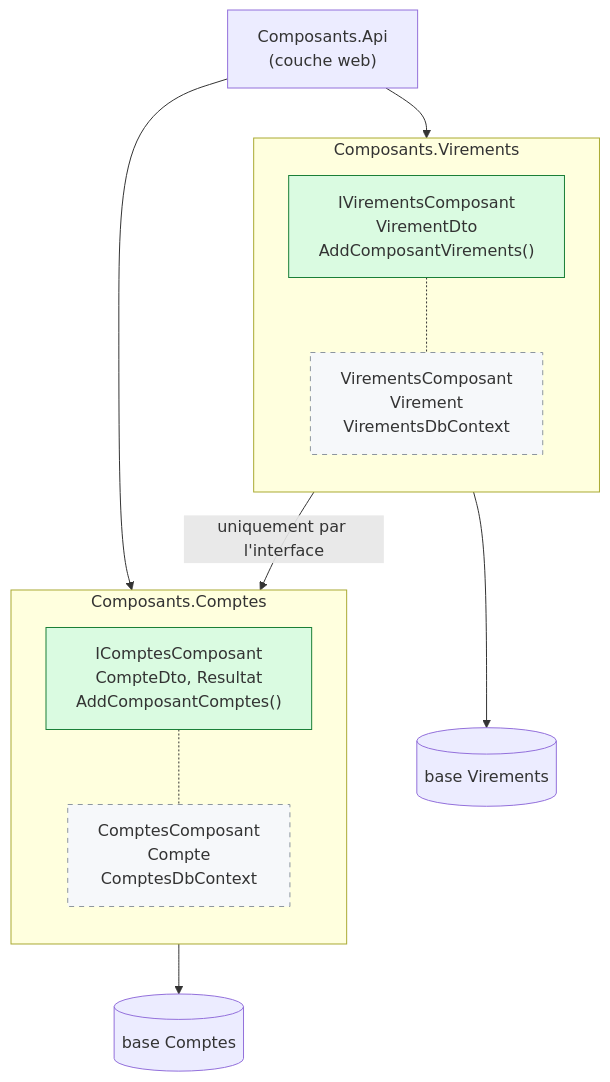
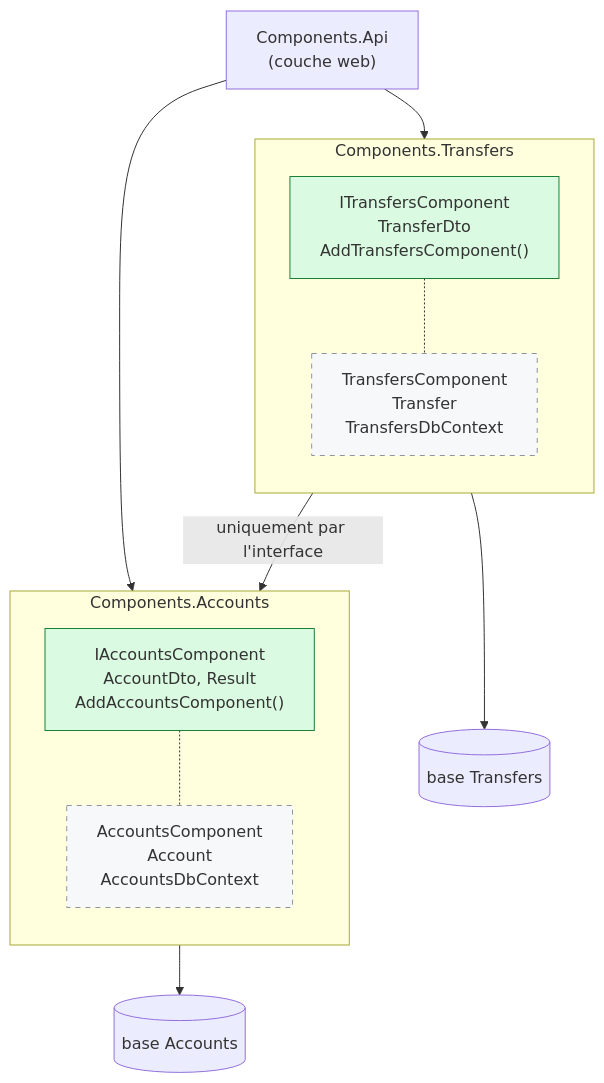
One commit to drangoht/ArchitecturesDemo changed the second of 3 diagrams in Docs/06-composants.md. Above: the diagram before and after it, drawn with Mermaid. The commit also changed other lines of this file and 70 other files, not shown here.

Commit message:
Docs FR : identifiants, liens, diagrammes et sorties alignés sur le code anglais

````diff
--- a/Docs/06-composants.md
+++ b/Docs/06-composants.md
@@ -35,29 +35,29 @@
 ```mermaid
 flowchart TB
-    Api["Composants.Api<br/>(couche web)"]
+    Api["Components.Api<br/>(couche web)"]
 
-    subgraph CC["Composants.Comptes"]
+    subgraph CC["Components.Accounts"]
         direction TB
-        IC["IComptesComposant<br/>CompteDto, Resultat<br/>AddComposantComptes()"]
-        ICi["ComptesComposant<br/>Compte<br/>ComptesDbContext"]
+        IC["IAccountsComponent<br/>AccountDto, Result<br/>AddAccountsComponent()"]
+        ICi["AccountsComponent<br/>Account<br/>AccountsDbContext"]
         IC -.- ICi
     end
 
-    subgraph CV["Composants.Virements"]
+    subgraph CV["Components.Transfers"]
         direction TB
-        IV["IVirementsComposant<br/>VirementDto<br/>AddComposantVirements()"]
-        IVi["VirementsComposant<br/>Virement<br/>VirementsDbContext"]
+        IV["ITransfersComponent<br/>TransferDto<br/>AddTransfersComponent()"]
+        IVi["TransfersComponent<br/>Transfer<br/>TransfersDbContext"]
         IV -.- IVi
     end
 
     Api --> IC
     Api --> IV
     IVi -->|"uniquement par l'interface"| IC
-    ICi --> DB1[("base Comptes")]
-    IVi --> DB2[("base Virements")]
+    ICi --> DB1[("base Accounts")]
+    IVi --> DB2[("base Transfers")]
 
     classDef public fill:#dafbe1,stroke:#1a7f37
     classDef interne fill:#f6f8fa,stroke:#8c959f,stroke-dasharray: 5 5
     class IC,IV public
     class ICi,IVi interne
 ```
````
